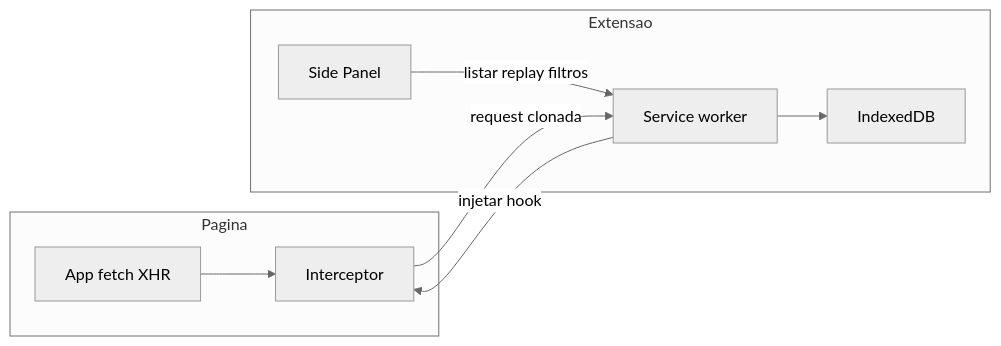
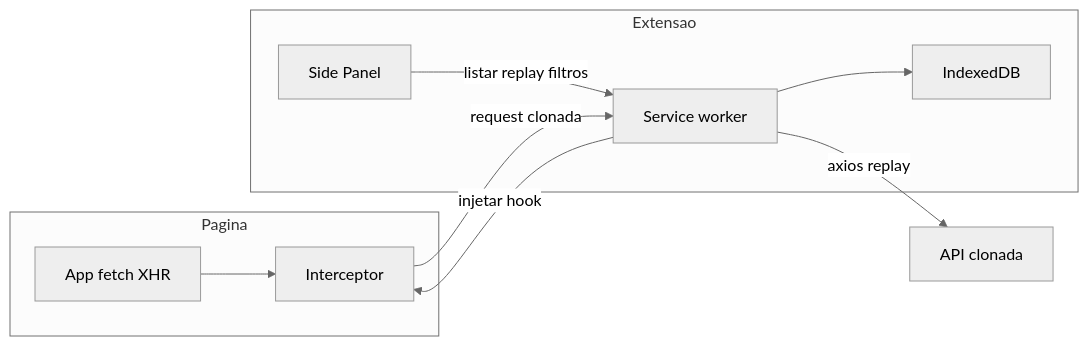
Before and after one commit to anderson-tec12/clone-requests: the diagram in README.md, drawn with Mermaid (neutral theme). The commit also changed other lines of this file and 12 other files, not shown here.

````diff
--- a/README.md
+++ b/README.md
@@ -11,17 +11,18 @@
 ```mermaid
 flowchart LR
   subgraph page [Pagina]
     App[App fetch XHR]
     Hook[Interceptor]
     App --> Hook
   end
   subgraph ext [Extensao]
     SW[Service worker]
     Store[IndexedDB]
     Panel[Side Panel]
   end
   Hook -->|"request clonada"| SW
   SW --> Store
   Panel -->|"listar replay filtros"| SW
+  SW -->|"axios replay"| API[API clonada]
   SW -->|"injetar hook"| Hook
 ```
````
